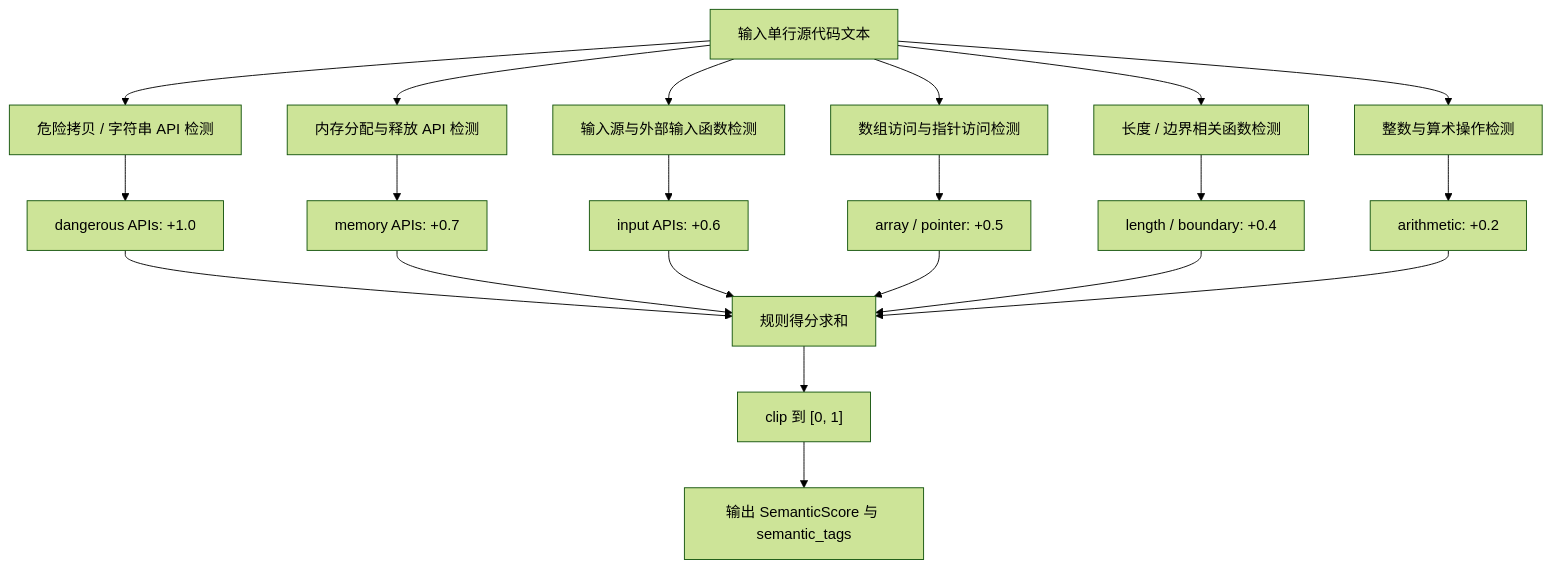
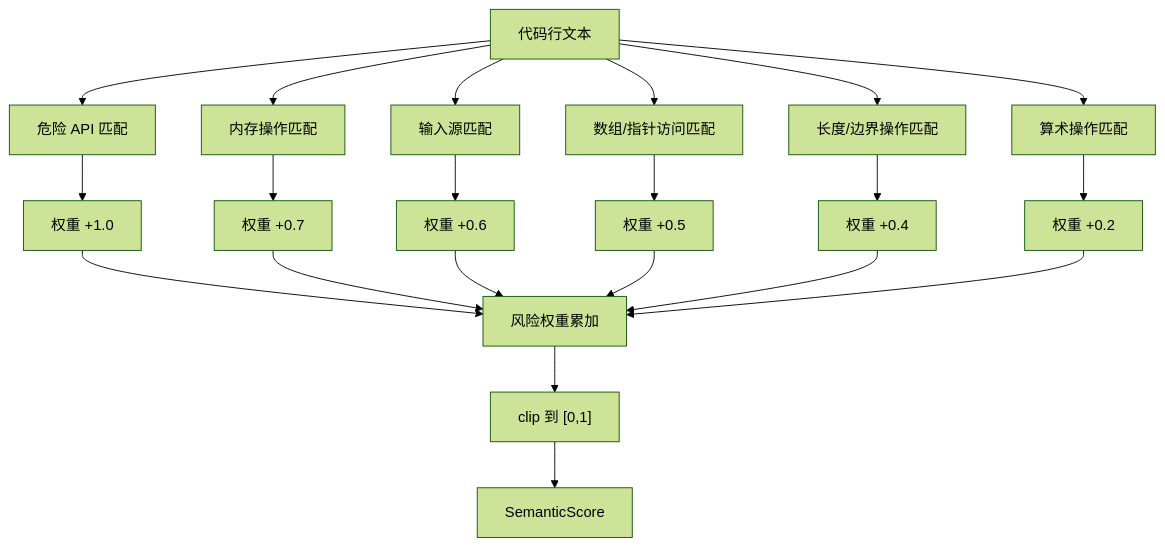
The second of 5 diagrams in docs/thesis/figures_mermaid.md (ATao-Zhang/msgvd), drawn with Mermaid (forest theme) before and after one commit. The commit also changed other lines of this file, not shown here.

Commit message:
docs: refresh thesis mermaid figures

````diff
--- a/docs/thesis/figures_mermaid.md
+++ b/docs/thesis/figures_mermaid.md
@@ -37,26 +43,25 @@
 ```mermaid
 flowchart TD
-    A["输入单行源代码文本"] --> B["危险拷贝 / 字符串 API 检测"]
-    A --> C["内存分配与释放 API 检测"]
-    A --> D["输入源与外部输入函数检测"]
-    A --> E["数组访问与指针访问检测"]
-    A --> F["长度 / 边界相关函数检测"]
-    A --> G["整数与算术操作检测"]
+    A["代码行文本"] --> B["危险 API 匹配"]
+    A --> C["内存操作匹配"]
+    A --> D["输入源匹配"]
+    A --> E["数组/指针访问匹配"]
+    A --> F["长度/边界操作匹配"]
+    A --> G["算术操作匹配"]
 
-    B --> B1["dangerous APIs: +1.0"]
-    C --> C1["memory APIs: +0.7"]
-    D --> D1["input APIs: +0.6"]
-    E --> E1["array / pointer: +0.5"]
-    F --> F1["length / boundary: +0.4"]
-    G --> G1["arithmetic: +0.2"]
+    B --> B1["权重 +1.0"]
+    C --> C1["权重 +0.7"]
+    D --> D1["权重 +0.6"]
+    E --> E1["权重 +0.5"]
+    F --> F1["权重 +0.4"]
+    G --> G1["权重 +0.2"]
 
-    B1 --> H["规则得分求和"]
+    B1 --> H["风险权重累加"]
     C1 --> H
     D1 --> H
     E1 --> H
     F1 --> H
     G1 --> H
-
-    H --> I["clip 到 [0, 1]"]
-    I --> J["输出 SemanticScore 与 semantic_tags"]
+    H --> I["clip 到 [0,1]"]
+    I --> J["SemanticScore"]
 ```
````
